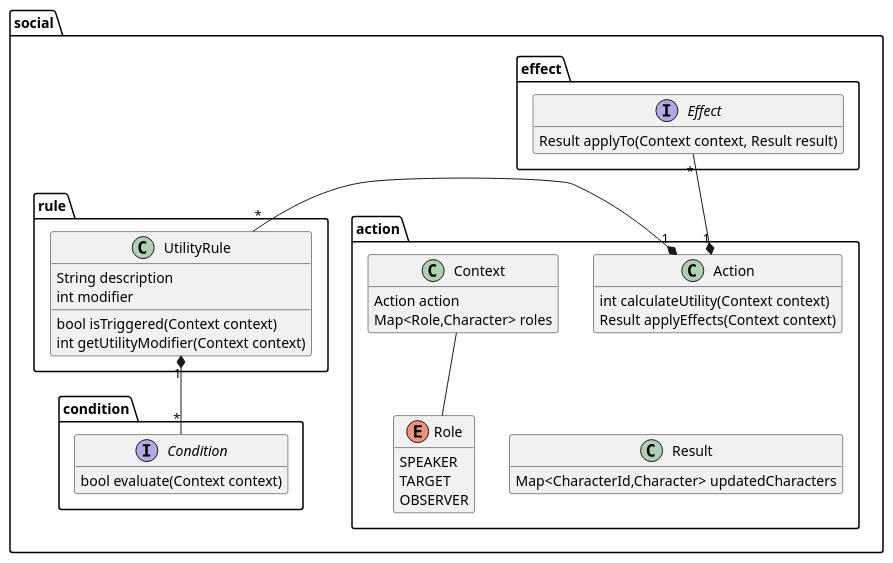
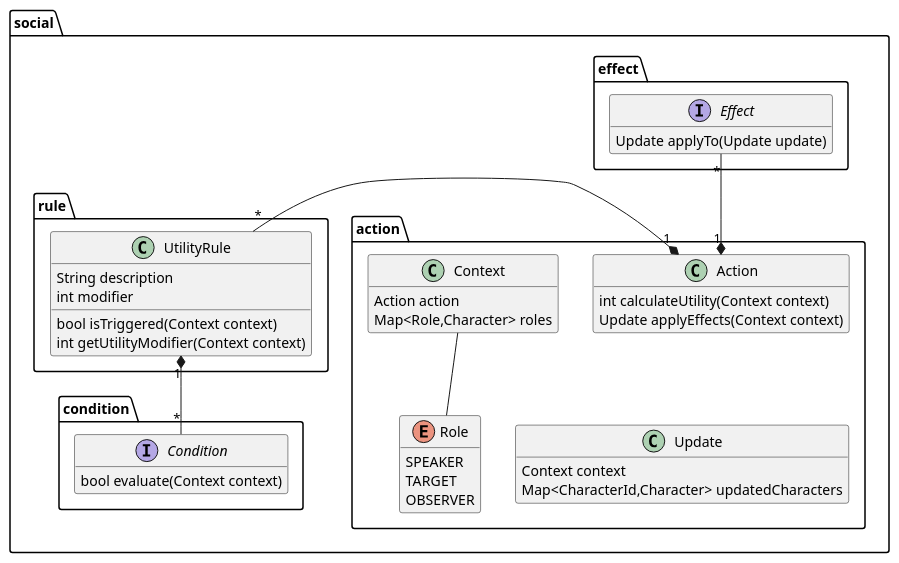
The diagram in doc/design/action.puml (Orchaldir/SocialSimulation), drawn with PlantUML before and after one commit. The commit also changed 3 other files, not shown here.

```diff
--- a/doc/design/action.puml
+++ b/doc/design/action.puml
@@ -1,68 +1,69 @@
 @startuml
 
 hide empty members
 
 package social {
 
 package effect {
 
 interface Effect {
-  Result applyTo(Context context, Result result)
+  Update applyTo(Update update)
 }
 
 }
 
 package action {
 
 class Action {
   int calculateUtility(Context context)
-  Result applyEffects(Context context)
+  Update applyEffects(Context context)
 }
 
 enum Role {
   SPEAKER
   TARGET
   OBSERVER
 }
 
 class Context {
   Action action
   Map<Role,Character> roles
 }
 
-class Result {
+class Update {
+  Context context
   Map<CharacterId,Character> updatedCharacters
 }
 
 }
 
 package rule {
 
 class UtilityRule {
   String description
   int modifier
   bool isTriggered(Context context)
   int getUtilityModifier(Context context)
 }
 
 }
 
 package condition {
 
 interface Condition {
   bool evaluate(Context context)
 }
 
 }
 
 }
 
 Action "1" *-left- "*" UtilityRule
 Action "1" *-up- "*" Effect
-Action -[hidden]- Result
+Action -[hidden]- Update
 UtilityRule "1" *-- "*" Condition
 
 Context -- Role
 
 
 @enduml
```
